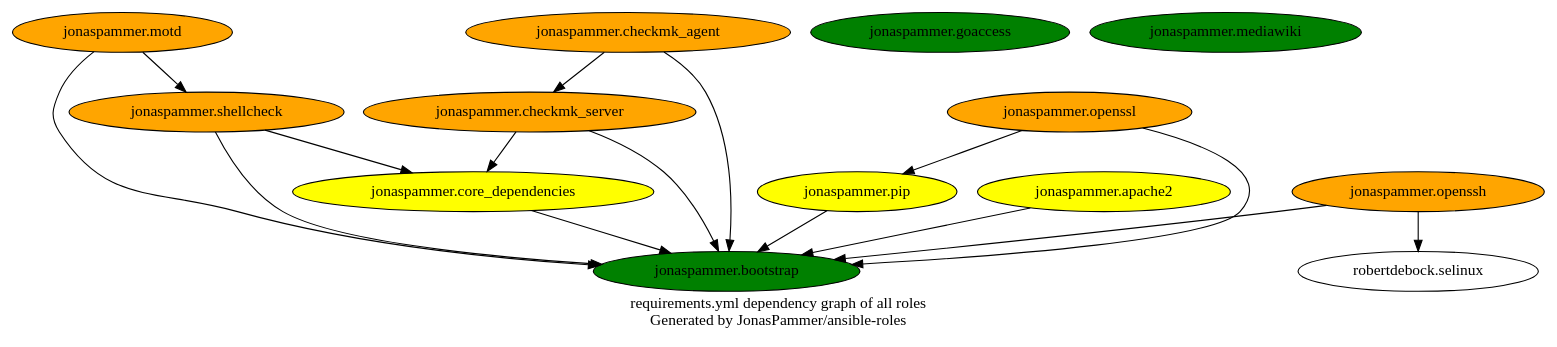
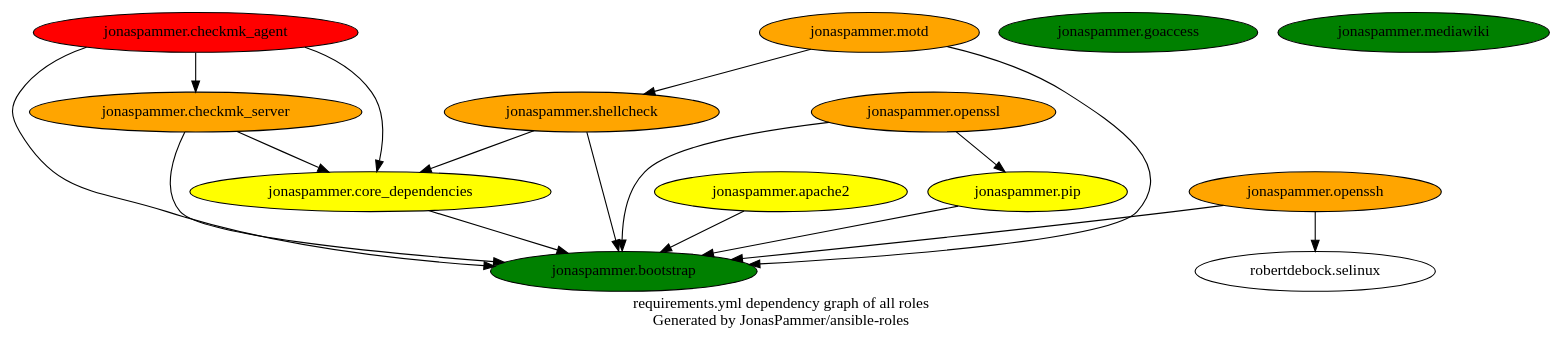
Before and after one commit to JonasPammer/ansible-roles: the diagram in graphs/dependencies_ALL.dot, drawn with Graphviz. The commit also changed 5 other files, not shown here.

```diff
--- a/graphs/dependencies_ALL.dot
+++ b/graphs/dependencies_ALL.dot
@@ -1,29 +1,29 @@
 digraph hierarchy {
   label = "requirements.yml dependency graph of all roles \n Generated by JonasPammer/ansible-roles" ;
 
   {
     "jonaspammer.bootstrap" [fillcolor=green style=filled]
     "jonaspammer.core_dependencies" [fillcolor=yellow style=filled]
     "jonaspammer.pip" [fillcolor=yellow style=filled]
     "jonaspammer.shellcheck" [fillcolor=orange style=filled]
     "jonaspammer.checkmk_server" [fillcolor=orange style=filled]
-    "jonaspammer.checkmk_agent" [fillcolor=orange style=filled]
+    "jonaspammer.checkmk_agent" [fillcolor=red style=filled]
     "jonaspammer.openssh" [fillcolor=orange style=filled]
     "jonaspammer.motd" [fillcolor=orange style=filled]
     "jonaspammer.apache2" [fillcolor=yellow style=filled]
     "jonaspammer.openssl" [fillcolor=orange style=filled]
     "jonaspammer.goaccess" [fillcolor=green style=filled]
     "jonaspammer.mediawiki" [fillcolor=green style=filled]
   }
 
 
   "jonaspammer.core_dependencies" -> {"jonaspammer.bootstrap"}
   "jonaspammer.pip" -> {"jonaspammer.bootstrap"}
   "jonaspammer.shellcheck" -> {"jonaspammer.bootstrap" "jonaspammer.core_dependencies"}
   "jonaspammer.checkmk_server" -> {"jonaspammer.bootstrap" "jonaspammer.core_dependencies"}
-  "jonaspammer.checkmk_agent" -> {"jonaspammer.bootstrap" "jonaspammer.checkmk_server"}
+  "jonaspammer.checkmk_agent" -> {"jonaspammer.bootstrap" "jonaspammer.checkmk_server" "jonaspammer.core_dependencies"}
   "jonaspammer.openssh" -> {"jonaspammer.bootstrap" "robertdebock.selinux"}
   "jonaspammer.motd" -> {"jonaspammer.bootstrap" "jonaspammer.shellcheck"}
   "jonaspammer.apache2" -> {"jonaspammer.bootstrap"}
   "jonaspammer.openssl" -> {"jonaspammer.pip" "jonaspammer.bootstrap"}
 }
```
